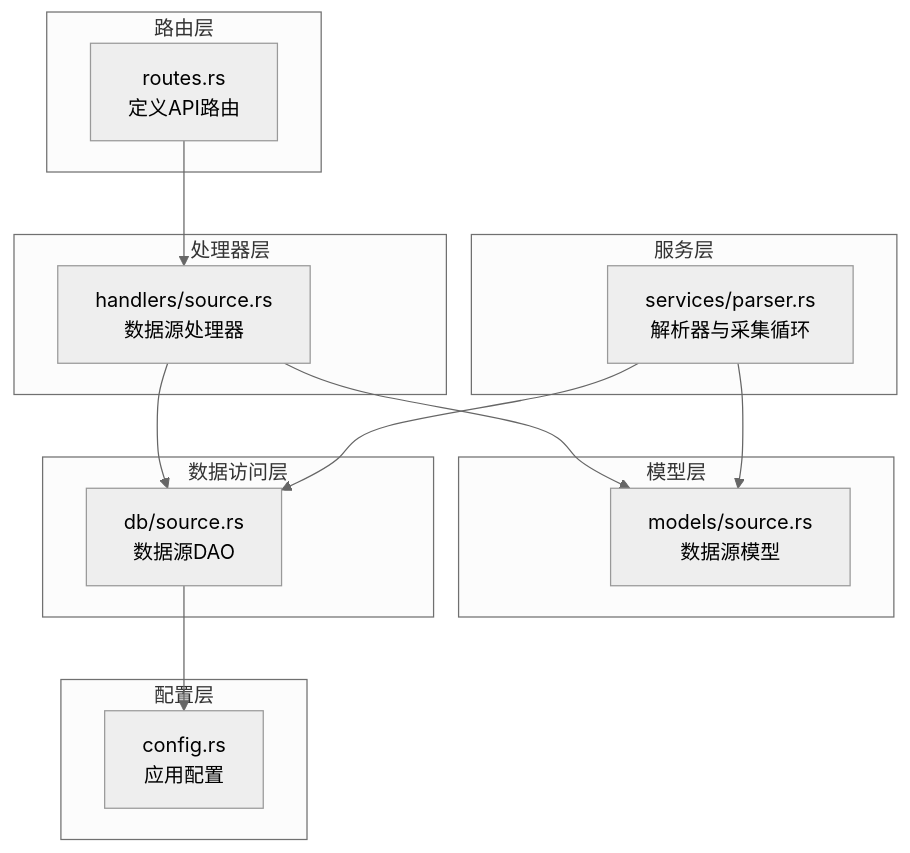
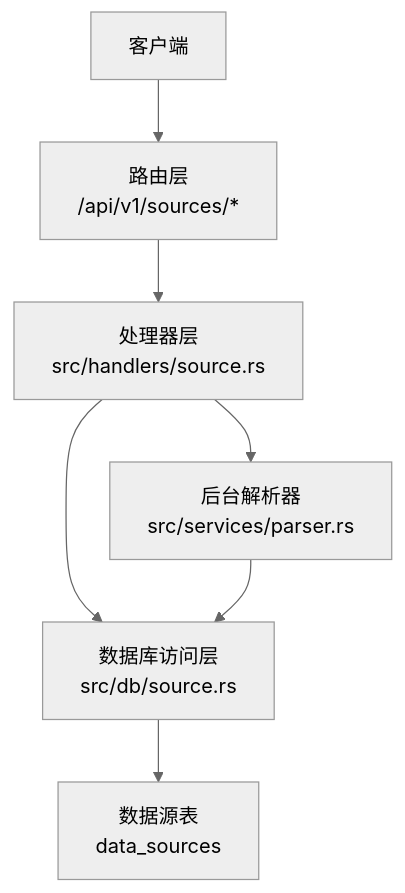
The first of 6 diagrams in .qoder/repowiki/zh/content/API接口文档/数据源管理API.md (leimu-hue/AI-Trend-Tool), drawn with Mermaid (neutral theme) before and after one commit. The commit also changed other lines of this file and 118 other files, not shown here.

````diff
--- a/.qoder/repowiki/zh/content/API接口文档/数据源管理API.md
+++ b/.qoder/repowiki/zh/content/API接口文档/数据源管理API.md
@@ -40,27 +48,9 @@
 ```mermaid
 graph TB
-subgraph "路由层"
-Routes["routes.rs<br/>定义API路由"]
-end
-subgraph "处理器层"
-SourceHandler["handlers/source.rs<br/>数据源处理器"]
-end
-subgraph "模型层"
-SourceModel["models/source.rs<br/>数据源模型"]
-end
-subgraph "数据访问层"
-SourceDB["db/source.rs<br/>数据源DAO"]
-end
-subgraph "服务层"
-Parser["services/parser.rs<br/>解析器与采集循环"]
-end
-subgraph "配置层"
-Config["config.rs<br/>应用配置"]
-end
-Routes --> SourceHandler
-SourceHandler --> SourceDB
-SourceHandler --> SourceModel
-SourceDB --> Config
-Parser --> SourceDB
-Parser --> SourceModel
+Client["客户端"] --> Routes["路由层<br/>/api/v1/sources/*"]
+Routes --> Handlers["处理器层<br/>src/handlers/source.rs"]
+Handlers --> DB["数据库访问层<br/>src/db/source.rs"]
+DB --> Schema["数据源表<br/>data_sources"]
+Handlers --> Parser["后台解析器<br/>src/services/parser.rs"]
+Parser --> DB
 ```
````
